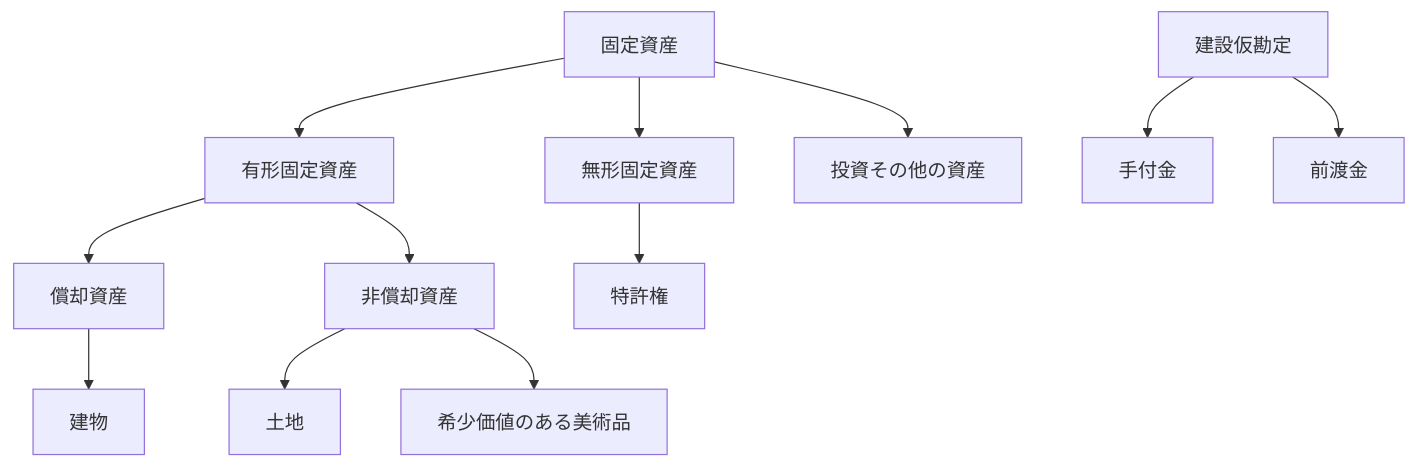
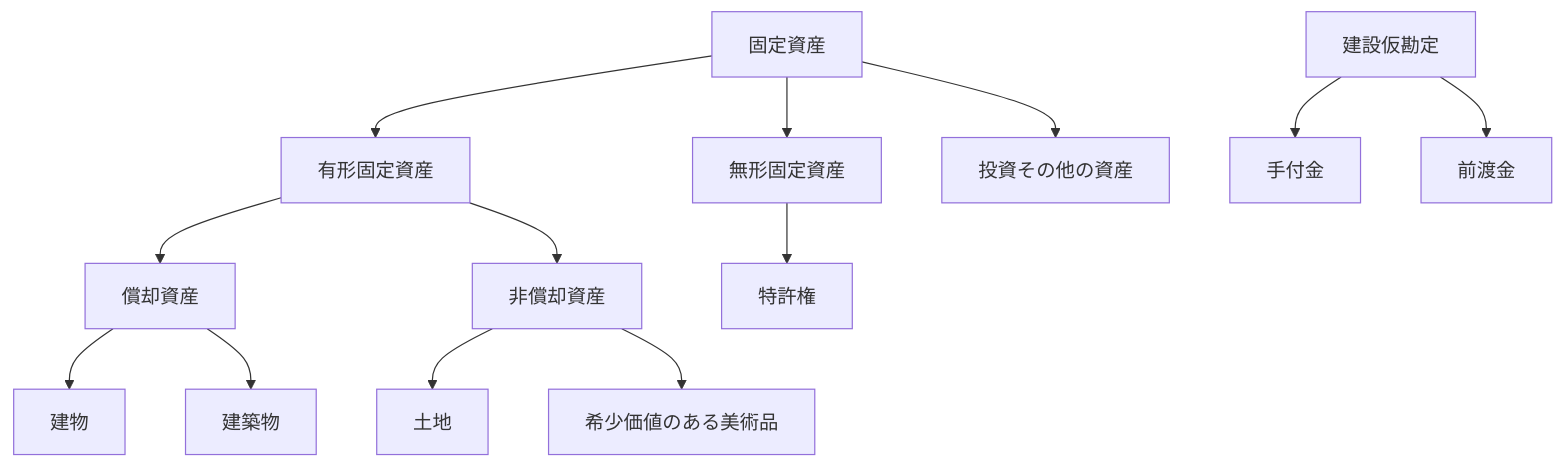
One commit to bebetakumi/mermaid changed the diagram in 固定資産.md. Above: the diagram before and after it, drawn with Mermaid.

````diff
--- a/固定資産.md
+++ b/固定資産.md
@@ -3,12 +3,12 @@
 ```mermaid
 graph TD
 
 固定資産 --> 有形固定資産 --> 償却資産
 固定資産 --> 無形固定資産 --> 特許権
 固定資産 --> 投資その他の資産
 有形固定資産 --> 非償却資産
-償却資産 --> 建物
+償却資産 --> 建物 & 建築物
 非償却資産 --> 土地 & 希少価値のある美術品
 建設仮勘定 --> 手付金 & 前渡金
 
 ```
````
